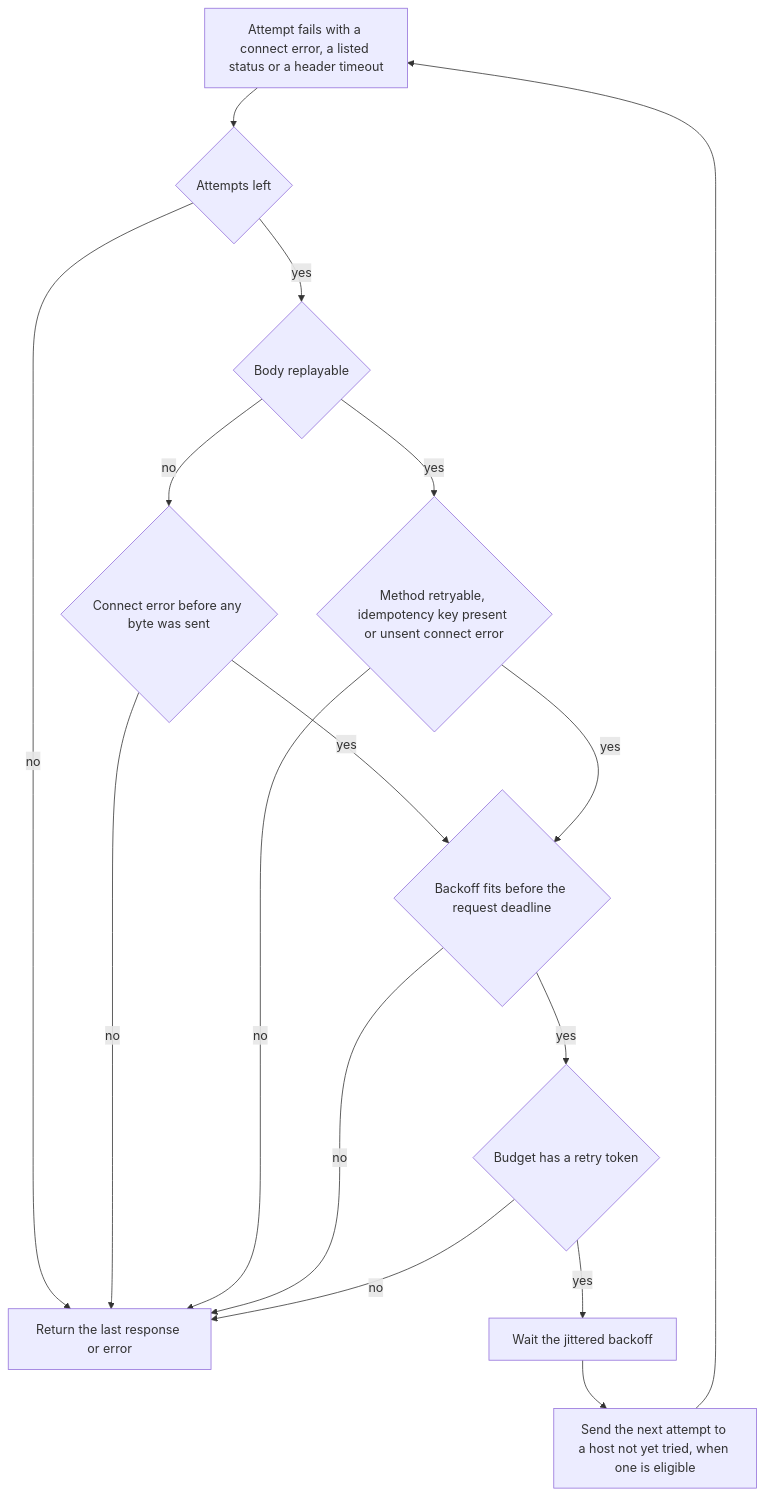
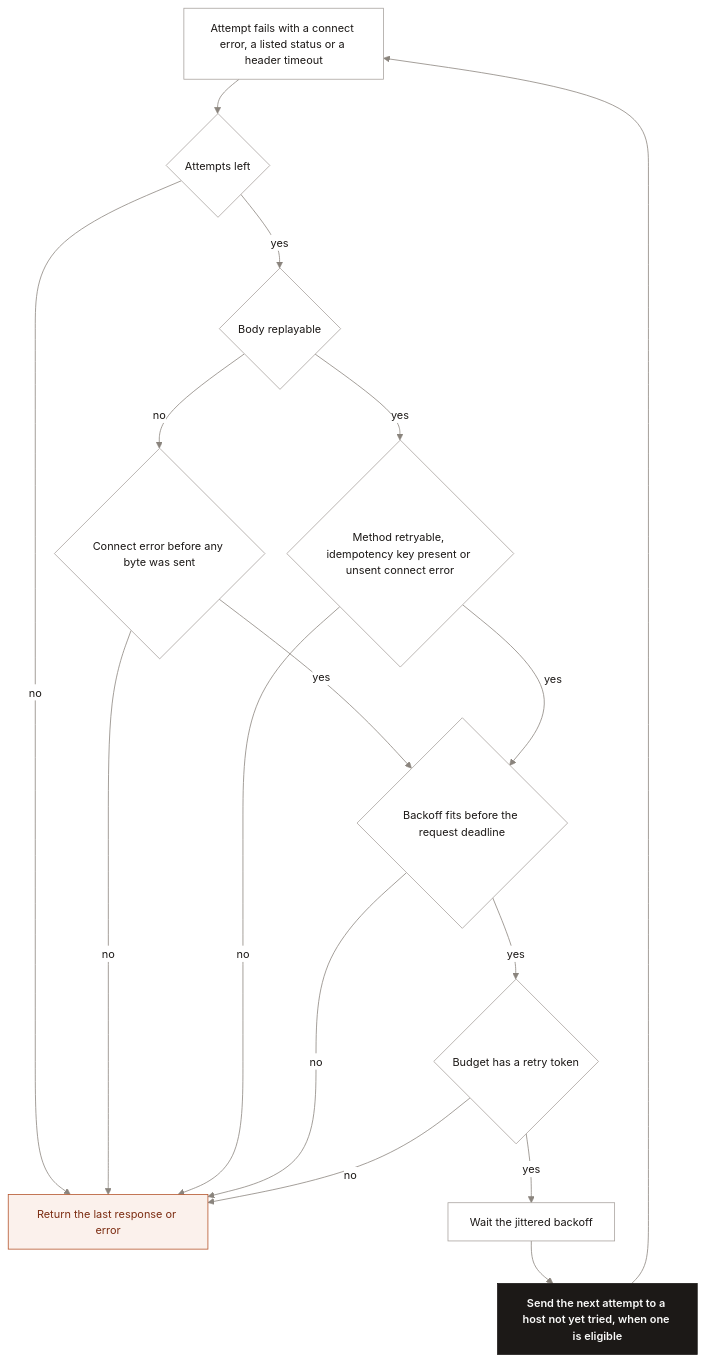
Before and after one commit to ok0/go-microgateway: the third of 3 diagrams in docs/middleware.md, drawn with Mermaid. The commit also changed other lines of this file and 4 other files, not shown here.

Commit message:
docs: restyle the Mermaid diagrams with a neutral theme

````diff
--- a/docs/middleware.md
+++ b/docs/middleware.md
@@ -299,18 +309,24 @@
 ```mermaid
+%%{init: {"theme": "base", "themeVariables": {"fontFamily": "-apple-system, BlinkMacSystemFont, Segoe UI, Helvetica, Arial, sans-serif", "fontSize": "14px", "primaryColor": "#ffffff", "primaryTextColor": "#1c1917", "primaryBorderColor": "#a8a29e", "lineColor": "#8a847d", "clusterBkg": "#f5f4f1", "clusterBorder": "#e2dfd9", "titleColor": "#57534e", "edgeLabelBackground": "#ffffff", "actorBkg": "#ffffff", "actorBorder": "#a8a29e", "actorTextColor": "#1c1917", "actorLineColor": "#d6d3cd", "signalColor": "#8a847d", "signalTextColor": "#7d7670", "labelBoxBkgColor": "#f5f4f1", "labelBoxBorderColor": "#d6d3cd", "labelTextColor": "#1c1917", "loopTextColor": "#7d7670", "noteBkgColor": "#f5f4f1", "noteBorderColor": "#d6d3cd", "noteTextColor": "#1c1917", "activationBkgColor": "#f5f4f1", "activationBorderColor": "#a8a29e"}, "flowchart": {"curve": "basis", "nodeSpacing": 28, "rankSpacing": 44, "padding": 14}}}%%
 flowchart TD
     A["Attempt fails with a connect error, a listed status or a header timeout"] --> B{"Attempts left"}
     B -- "no" --> Z["Return the last response or error"]
     B -- "yes" --> C{"Body replayable"}
     C -- "no" --> D{"Connect error before any byte was sent"}
     C -- "yes" --> E{"Method retryable, idempotency key present or unsent connect error"}
     D -- "no" --> Z
     D -- "yes" --> F{"Backoff fits before the request deadline"}
     E -- "no" --> Z
     E -- "yes" --> F
     F -- "no" --> Z
     F -- "yes" --> G{"Budget has a retry token"}
     G -- "no" --> Z
     G -- "yes" --> H["Wait the jittered backoff"]
     H --> I["Send the next attempt to a host not yet tried, when one is eligible"]
     I --> A
+
+    classDef core fill:#1c1917,stroke:#1c1917,color:#fafaf9,font-weight:600
+    classDef stop fill:#fbf1ec,stroke:#b4532a,color:#7c2d12
+    class I core
+    class Z stop
 ```
````
